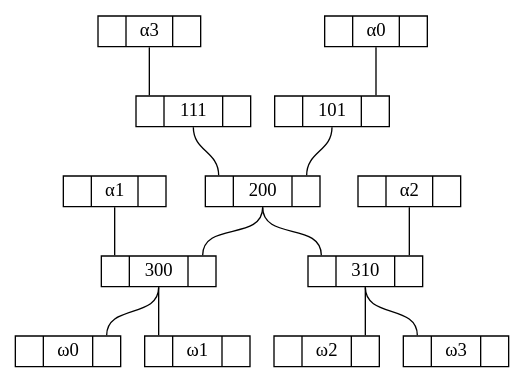
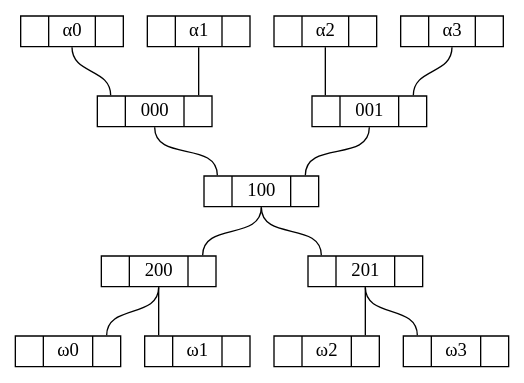
Before and after one commit to grootstebozewolf/networks: the diagram in 4 binairy tree general.gv, drawn with Graphviz. The commit also changed 6 other files, not shown here.

```diff
--- a/4 binairy tree general.gv
+++ b/4 binairy tree general.gv
@@ -1,28 +1,29 @@
 graph "4 binairy tree general" {
 	node [height=.1 shape=record]
+	"α00" [label="<f0> |<f1> α0|<f2>"]
+	"α00":f1 -- 000:f0
+	"α01" [label="<f0> |<f1> α1|<f2>"]
+	"α01":f1 -- 000:f2
+	"α10" [label="<f0> |<f1> α2|<f2>"]
+	"α10":f1 -- 001:f0
+	"α11" [label="<f0> |<f1> α3|<f2>"]
+	"α11":f1 -- 001:f2
+	"ω00" [label="<f0> |<f1> ω0|<f2>"]
+	"ω01" [label="<f0> |<f1> ω1|<f2>"]
+	"ω10" [label="<f0> |<f1> ω2|<f2>"]
+	"ω11" [label="<f0> |<f1> ω3|<f2>"]
+	000 [label="<f0> |<f1> 000|<f2>"]
+	000:f1 -- 100:f0
+	001 [label="<f0> |<f1> 001|<f2>"]
+	001:f1 -- 100:f2
 	200 [label="<f0> |<f1> 200|<f2>"]
-	200:f1 -- 300:f2
-	300 [label="<f0> |<f1> 300|<f2>"]
-	300:f1 -- "ω00":f2
-	"ω00" [label="<f0> |<f1> ω0|<f2>"]
-	300:f1 -- "ω01":f0
-	"ω01" [label="<f0> |<f1> ω1|<f2>"]
-	"α01":f1 -- 300:f0
-	"α01" [label="<f0> |<f1> α1|<f2>"]
-	200:f1 -- 310:f0
-	310 [label="<f0> |<f1> 310|<f2>"]
-	310:f1 -- "ω10":f2
-	"ω10" [label="<f0> |<f1> ω2|<f2>"]
-	310:f1 -- "ω11":f0
-	"ω11" [label="<f0> |<f1> ω3|<f2>"]
-	"α10":f1 -- 310:f2
-	"α10" [label="<f0> |<f1> α2|<f2>"]
-	101:f1 -- 200:f2
-	101 [label="<f0> |<f1> 101|<f2>"]
-	"α00":f1 -- 101:f2
-	"α00" [label="<f0> |<f1> α0|<f2>"]
-	111:f1 -- 200:f0
-	111 [label="<f0> |<f1> 111|<f2>"]
-	"α11":f1 -- 111:f0
-	"α11" [label="<f0> |<f1> α3|<f2>"]
+	200:f1 -- "ω00":f2
+	200:f1 -- "ω01":f0
+	201 [label="<f0> |<f1> 201|<f2>"]
+	201:f1 -- "ω10":f2
+	201:f1 -- "ω11":f0
+	100 [label="<f0> |<f1> 100|<f2>"]
+	100 [label="<f0> |<f1> 100|<f2>"]
+	100:f1 -- 200:f2
+	100:f1 -- 201:f0
 }
```
